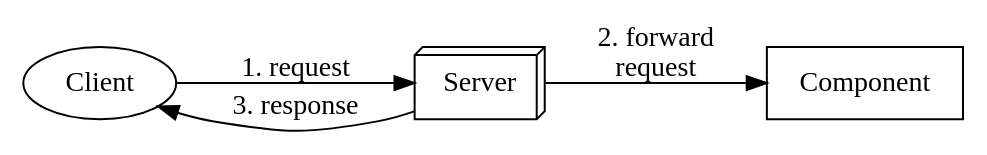
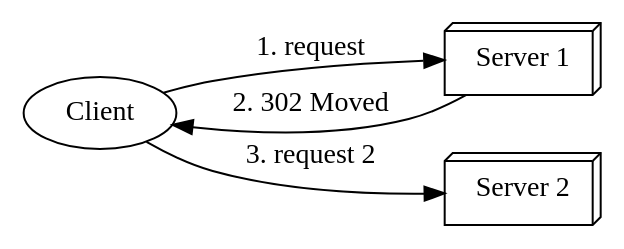
One commit to froland/semisecu changed the diagram in presentation/slides/img/webapp-redirect.dot. Above: the diagram before and after it, drawn with Graphviz. The commit also changed 27 other files, not shown here.

```diff
--- a/presentation/slides/img/webapp-redirect.dot
+++ b/presentation/slides/img/webapp-redirect.dot
@@ -1,12 +1,12 @@
 digraph Redirect {
 	rankdir = LR
 	margin = 0
 
 	{ Client; rank = min }
-	Server [ shape = box3d ]
-	Component [ shape = box ]
+	Server [ shape = box3d, label = "Server 1" ]
+	Server2 [ shape = box3d, label = "Server 2" ]
 
 	Client -> Server [ label = "1. request" ]
-	Server -> Component [ label = "2. forward\nrequest" ]
-	Server -> Client [ label = "3. response" ]
+	Server -> Client [ label = "2. 302 Moved" ]
+	Client -> Server2 [ label = "3. request 2" ]
 }
```
